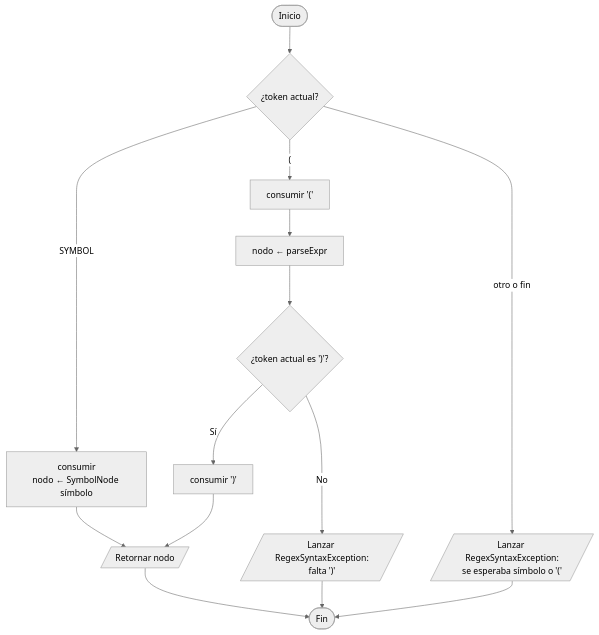
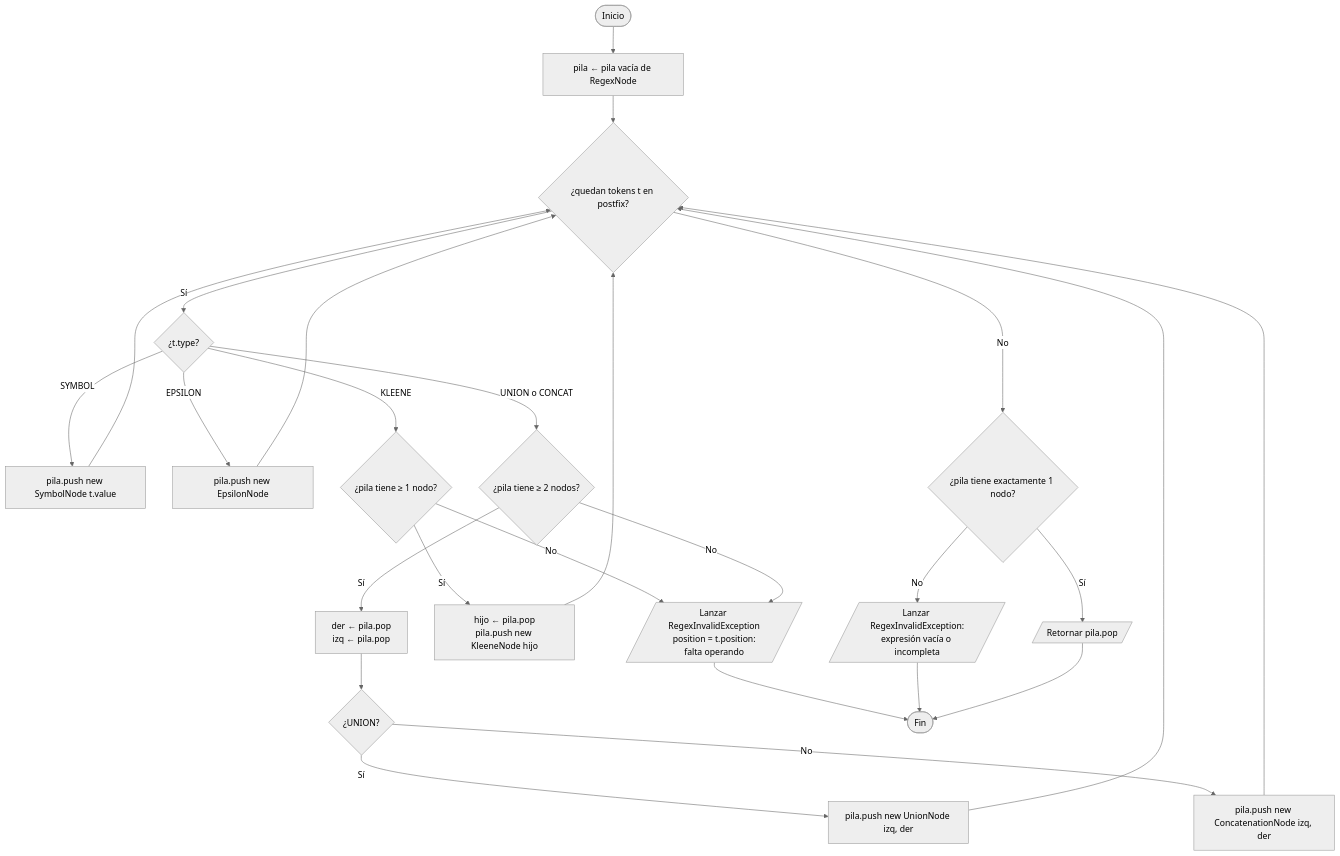
One commit to Leosanlo30/RegEx-to-DFA-Visualizer changed the fourth of 4 diagrams in docs/diagramas/02-parser.md. Above: the diagram before and after it, drawn with Mermaid (neutral theme). The commit also changed other lines of this file and 10 other files, not shown here.

Commit message:
docs: alinear diagramas de flujo con UML.md y REQUIREMENTS.md

````diff
--- a/docs/diagramas/02-parser.md
+++ b/docs/diagramas/02-parser.md
@@ -73,16 +78,33 @@
 ```mermaid
 flowchart TD
-    A([Inicio]) --> B{¿token actual?}
-    B -- SYMBOL --> C[consumir<br/>nodo ← SymbolNode símbolo]
-    C --> R[/Retornar nodo/]
-    B -- "(" --> D["consumir '('"]
-    D --> E[nodo ← parseExpr]
-    E --> F{"¿token actual es ')'?"}
-    F -- Sí --> G["consumir ')'"]
-    G --> R
-    F -- No --> ERR[/"Lanzar RegexSyntaxException:<br/>falta ')'"/]
-    B -- "otro o fin" --> ERR2[/"Lanzar RegexSyntaxException:<br/>se esperaba símbolo o '('"/]
-    R --> Z([Fin])
-    ERR --> Z
+    A([Inicio]) --> B[pila ← pila vacía de RegexNode]
+    B --> C{¿quedan tokens t en postfix?}
+    C -- Sí --> D{¿t.type?}
+
+    D -- SYMBOL --> E[pila.push new SymbolNode t.value]
+    D -- EPSILON --> F[pila.push new EpsilonNode]
+    E --> C
+    F --> C
+
+    D -- KLEENE --> G{¿pila tiene ≥ 1 nodo?}
+    G -- No --> ERR[/Lanzar RegexInvalidException<br/>position = t.position:<br/>falta operando/]
+    G -- Sí --> H[hijo ← pila.pop<br/>pila.push new KleeneNode hijo]
+    H --> C
+
+    D -- UNION o CONCAT --> I{¿pila tiene ≥ 2 nodos?}
+    I -- No --> ERR
+    I -- Sí --> J[der ← pila.pop<br/>izq ← pila.pop]
+    J --> K{¿UNION?}
+    K -- Sí --> L[pila.push new UnionNode izq, der]
+    K -- No --> M[pila.push new ConcatenationNode izq, der]
+    L --> C
+    M --> C
+
+    C -- No --> N{¿pila tiene exactamente 1 nodo?}
+    N -- No --> ERR2[/Lanzar RegexInvalidException:<br/>expresión vacía o incompleta/]
+    N -- Sí --> R[/Retornar pila.pop/]
+
+    ERR --> Z([Fin])
     ERR2 --> Z
+    R --> Z
 ```
````
